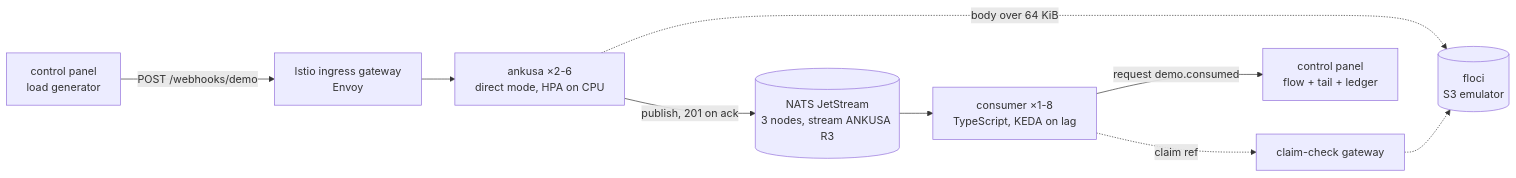
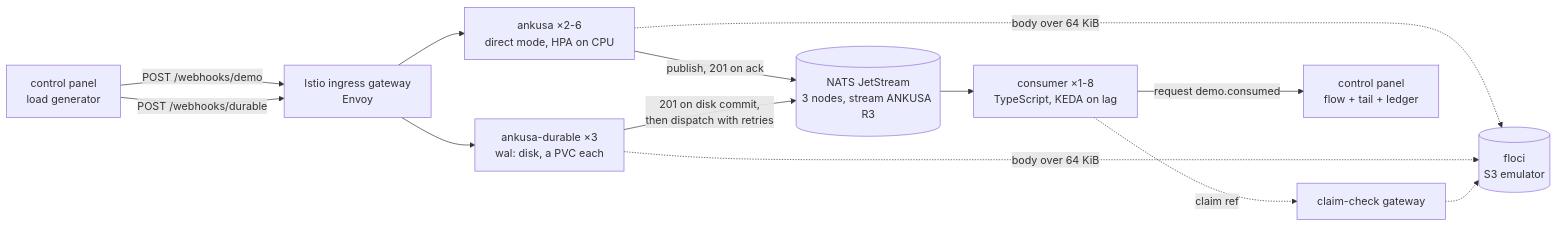
One commit to jamescarr/ankusa changed the diagram in examples/jetstream-k8s/README.md. Above: the diagram before and after it, drawn with Mermaid. The commit also changed other lines of this file and 14 other files, not shown here.

First line of the commit message:
jetstream-k8s: add a durable (wal: disk) fleet beside the direct one, with timed chaos

````diff
--- a/examples/jetstream-k8s/README.md
+++ b/examples/jetstream-k8s/README.md
@@ -12,11 +14,15 @@
 ```mermaid
 flowchart LR
     S[control panel\nload generator] -->|POST /webhooks/demo| G[Istio ingress gateway\nEnvoy]
+    S -->|POST /webhooks/durable| G
     G --> A[ankusa ×2-6\ndirect mode, HPA on CPU]
+    G --> D[ankusa-durable ×3\nwal: disk, a PVC each]
     A -->|publish, 201 on ack| N[(NATS JetStream\n3 nodes, stream ANKUSA R3)]
+    D -->|201 on disk commit,\nthen dispatch with retries| N
     N --> C[consumer ×1-8\nTypeScript, KEDA on lag]
     A -.->|body over 64 KiB| F[(floci\nS3 emulator)]
+    D -.->|body over 64 KiB| F
     C -.->|claim ref| CC[claim-check gateway]
     CC -.-> F
     C -->|request demo.consumed| P[control panel\nflow + tail + ledger]
 ```
````
